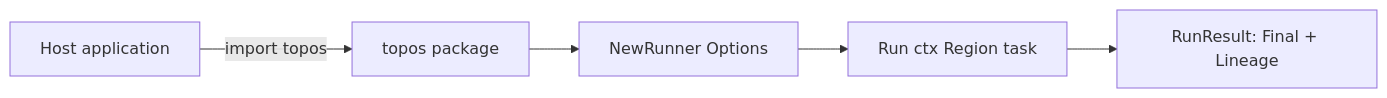
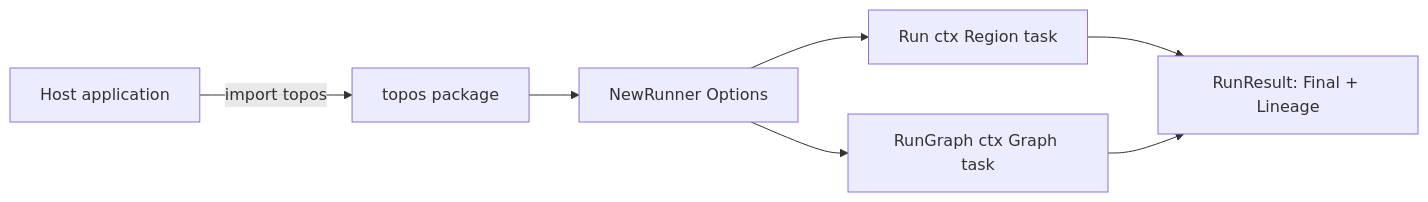
One commit to latere-ai/topos changed the diagram in specs/runtime/embeddable-sdk.md. Above: the diagram before and after it, drawn with Mermaid. The commit also changed other lines of this file and 2 other files, not shown here.

First line of the commit message:
spec(topos): thread the region graph through existing specs

````diff
--- a/specs/runtime/embeddable-sdk.md
+++ b/specs/runtime/embeddable-sdk.md
@@ -53,7 +56,9 @@
 ```mermaid
 graph LR
   host[Host application] -->|import topos| sdk[topos package]
   sdk --> runner[NewRunner Options]
   runner --> run[Run ctx Region task]
+  runner --> rungraph[RunGraph ctx Graph task]
   run --> result[RunResult: Final + Lineage]
+  rungraph --> result
 ```
````
